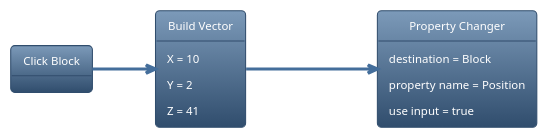
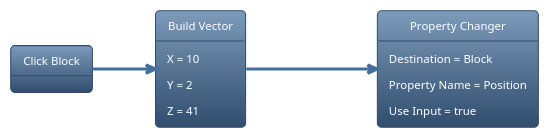
Before and after one commit to chokes-Web-Repositories/Wubby-WikiJS: the sixth of 12 diagrams in Logic.md, drawn with PlantUML. The commit also changed other lines of this file, not shown here.

````diff
--- a/Logic.md
+++ b/Logic.md
@@ -261,21 +261,21 @@
 ```plantuml
 @startuml
 !theme spacelab
 left to right direction
 object "Click Block" as CB
 object "Build Vector" as BV {
 	X = 10
 	Y = 2
 	Z = 41
 }
 object "Property Changer" as PC {
-	destination = Block
-  property name = Position
-  use input = true
+	Destination = Block
+  Property Name = Position
+  Use Input = true
 }
 
 CB --> BV
 BV --> PC : (10, 2, 41)
 
 @enduml
 ```
````
